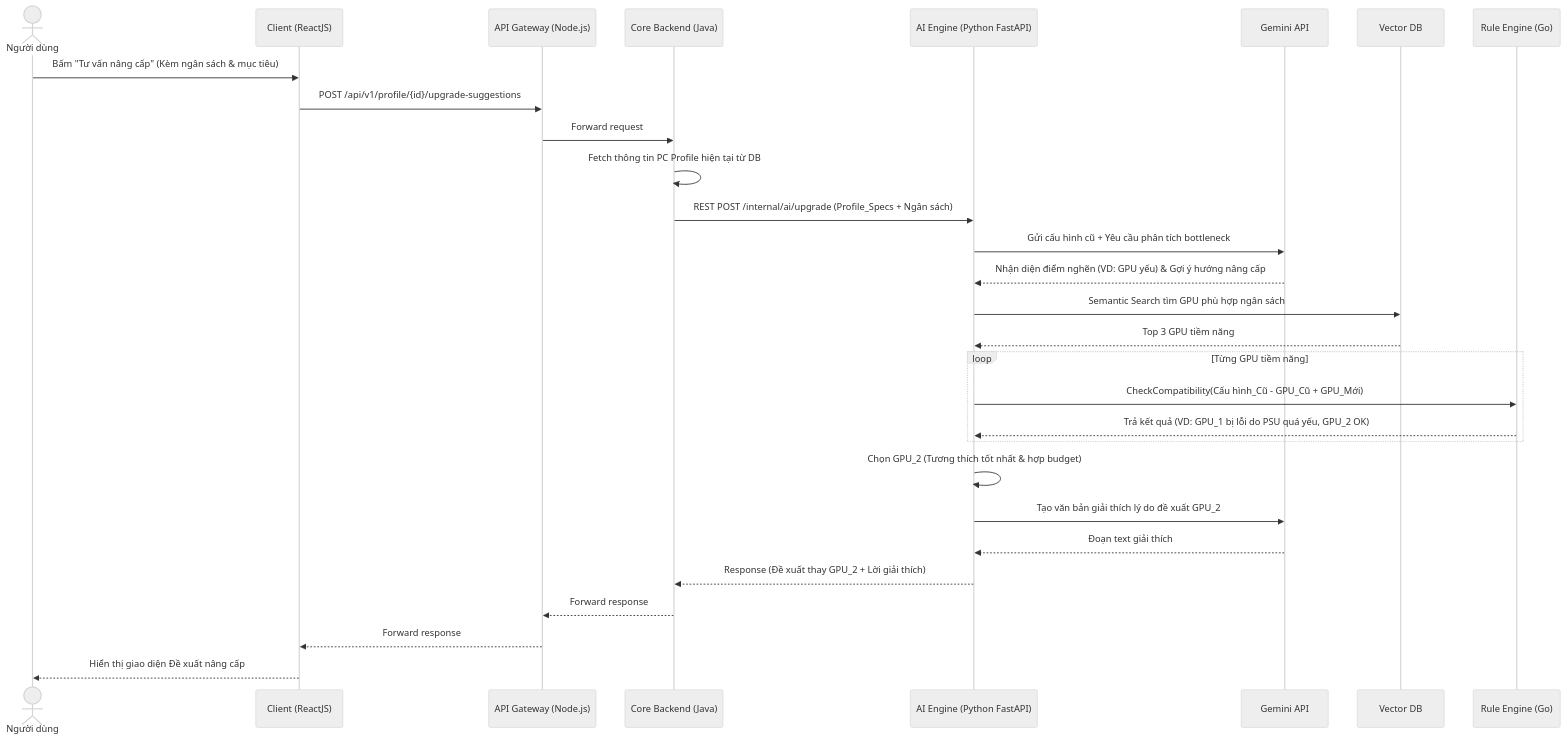
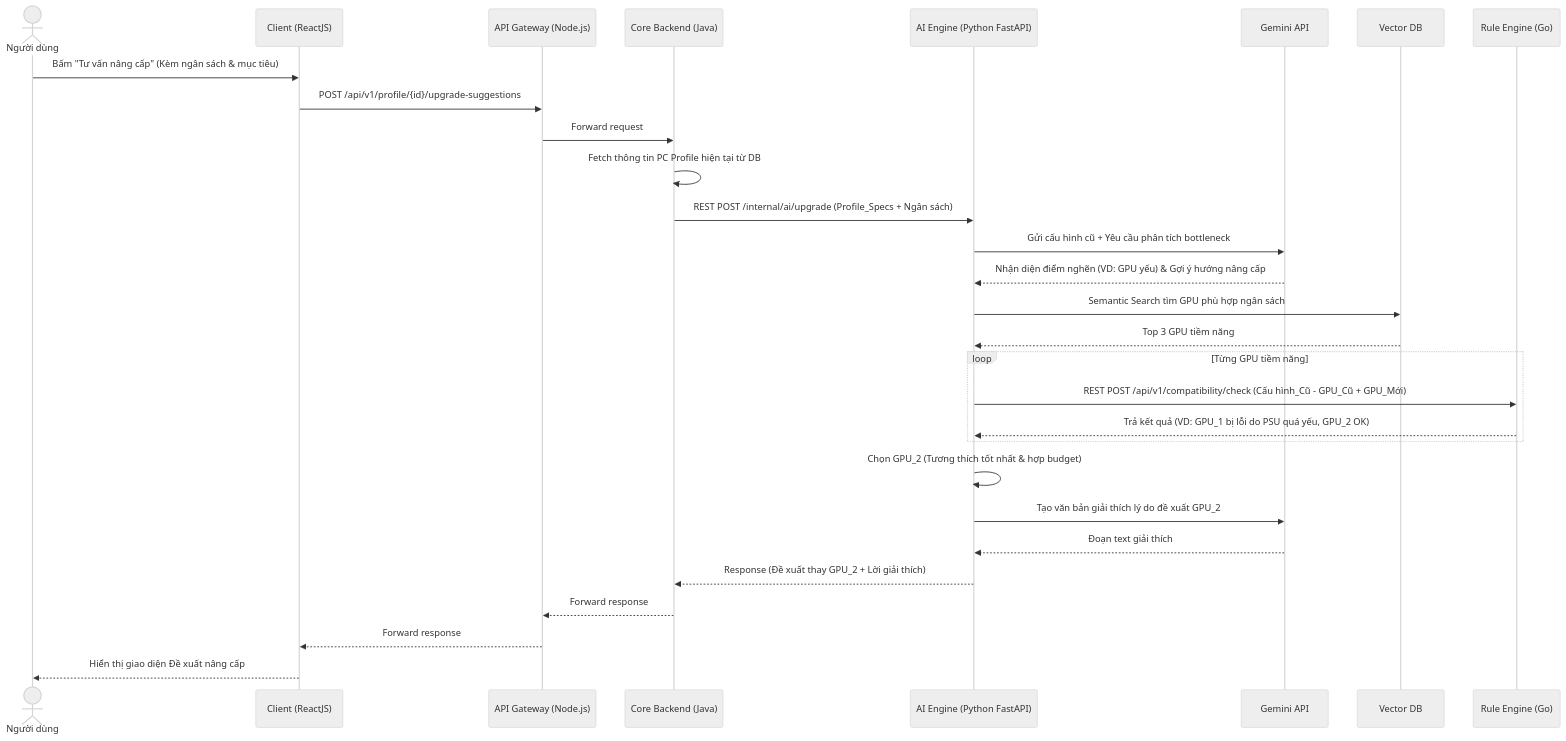
Before and after one commit to bankientapcode-1410/project1: diagram 15 of 16 in prj1.md, drawn with Mermaid (neutral theme). The commit also changed other lines of this file, not shown here.

````diff
--- a/prj1.md
+++ b/prj1.md
@@ -795,39 +802,39 @@
 ```mermaid
 sequenceDiagram
     actor User as Người dùng
     participant UI as Client (ReactJS)
     participant GW as API Gateway (Node.js)
     participant Core as Core Backend (Java)
     participant AI as AI Engine (Python FastAPI)
     participant LLM as Gemini API
     participant VDB as Vector DB
     participant RuleEng as Rule Engine (Go)
     
     User->>UI: Bấm "Tư vấn nâng cấp" (Kèm ngân sách & mục tiêu)
     UI->>GW: POST /api/v1/profile/{id}/upgrade-suggestions
     GW->>Core: Forward request
     Core->>Core: Fetch thông tin PC Profile hiện tại từ DB
     Core->>AI: REST POST /internal/ai/upgrade (Profile_Specs + Ngân sách)
     
     %% AI Phân tích Bottleneck & Tìm kiếm thay thế
     AI->>LLM: Gửi cấu hình cũ + Yêu cầu phân tích bottleneck
     LLM-->>AI: Nhận diện điểm nghẽn (VD: GPU yếu) & Gợi ý hướng nâng cấp
     AI->>VDB: Semantic Search tìm GPU phù hợp ngân sách
     VDB-->>AI: Top 3 GPU tiềm năng
     
     %% AI nhờ Rule Engine validate các ứng viên
     loop Từng GPU tiềm năng
-        AI->>RuleEng: CheckCompatibility(Cấu hình_Cũ - GPU_Cũ + GPU_Mới)
+        AI->>RuleEng: REST POST /api/v1/compatibility/check (Cấu hình_Cũ - GPU_Cũ + GPU_Mới)
         RuleEng-->>AI: Trả kết quả (VD: GPU_1 bị lỗi do PSU quá yếu, GPU_2 OK)
     end
     
     %% AI tổng hợp
     AI->>AI: Chọn GPU_2 (Tương thích tốt nhất & hợp budget)
     AI->>LLM: Tạo văn bản giải thích lý do đề xuất GPU_2
     LLM-->>AI: Đoạn text giải thích
     
     AI-->>Core: Response (Đề xuất thay GPU_2 + Lời giải thích)
     Core-->>GW: Forward response
     GW-->>UI: Forward response
     UI-->>User: Hiển thị giao diện Đề xuất nâng cấp
 ```
````
